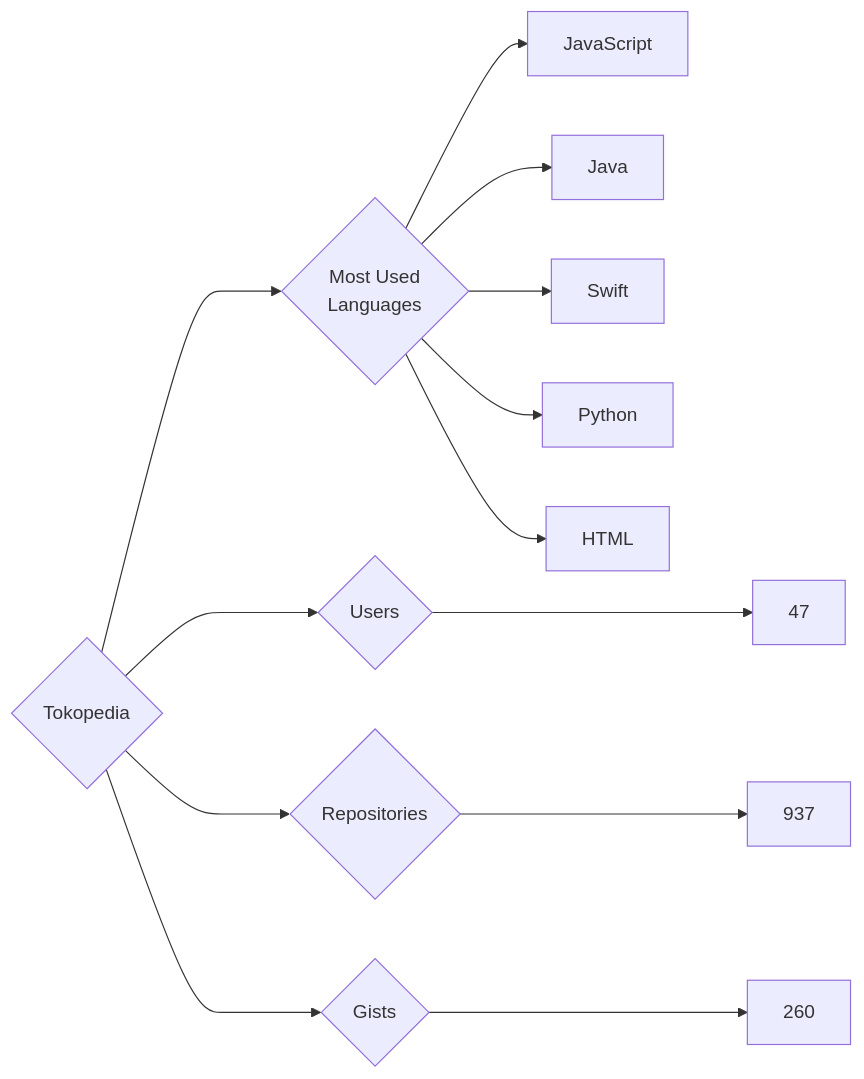
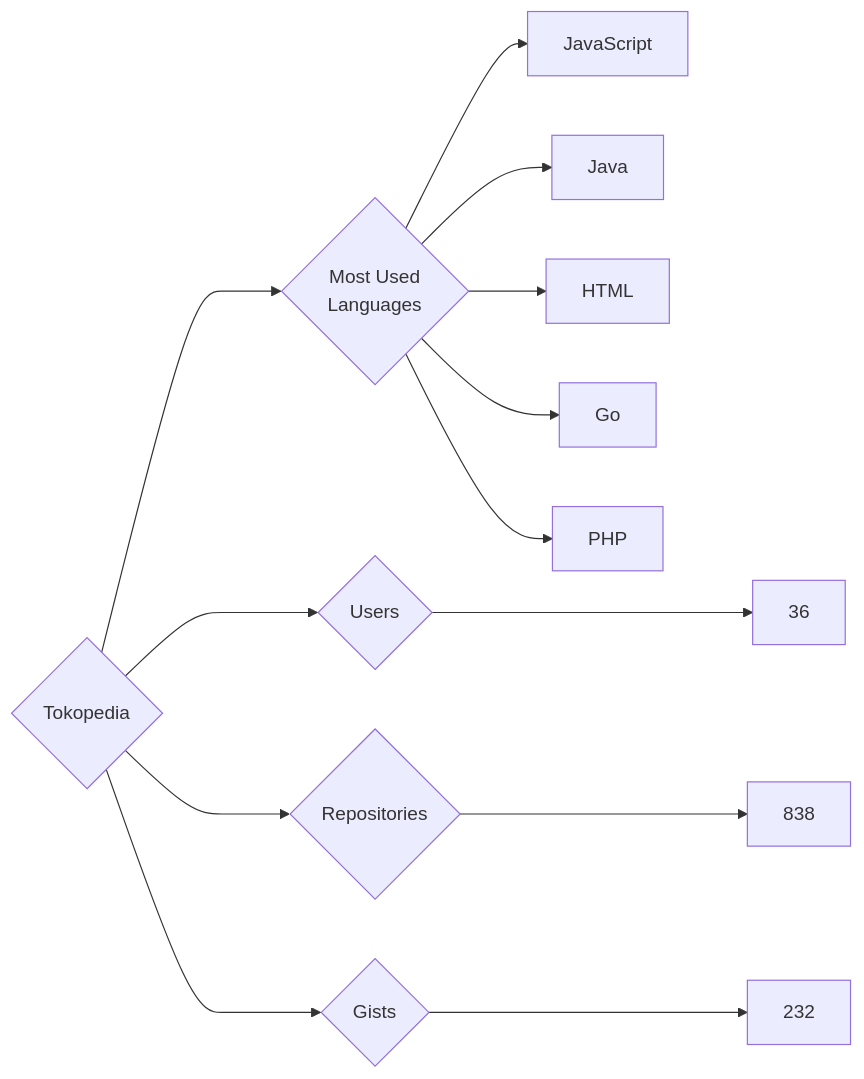
The diagram in targets/Tokopedia/README.md (trickest/insiders), drawn with Mermaid before and after one commit. The commit also changed 898 other files, not shown here.

````diff
--- a/targets/Tokopedia/README.md
+++ b/targets/Tokopedia/README.md
@@ -3,13 +3,13 @@
 ```mermaid
 graph LR
 COMPANY_NAME{Tokopedia}
-COMPANY_NAME ---> U{Users} ---> UN[47]
-COMPANY_NAME ---> R{Repositories} ---> RN[937]
-COMPANY_NAME ---> G{Gists} ---> GN[260]
+COMPANY_NAME ---> U{Users} ---> UN[36]
+COMPANY_NAME ---> R{Repositories} ---> RN[838]
+COMPANY_NAME ---> G{Gists} ---> GN[232]
 COMPANY_NAME ---> ML{Most Used<br>Languages}
 ML --> JavaScript[JavaScript]
 ML --> Java[Java]
-ML --> Swift[Swift]
-ML --> Python[Python]
 ML --> HTML[HTML]
+ML --> Go[Go]
+ML --> PHP[PHP]
 ```
````
